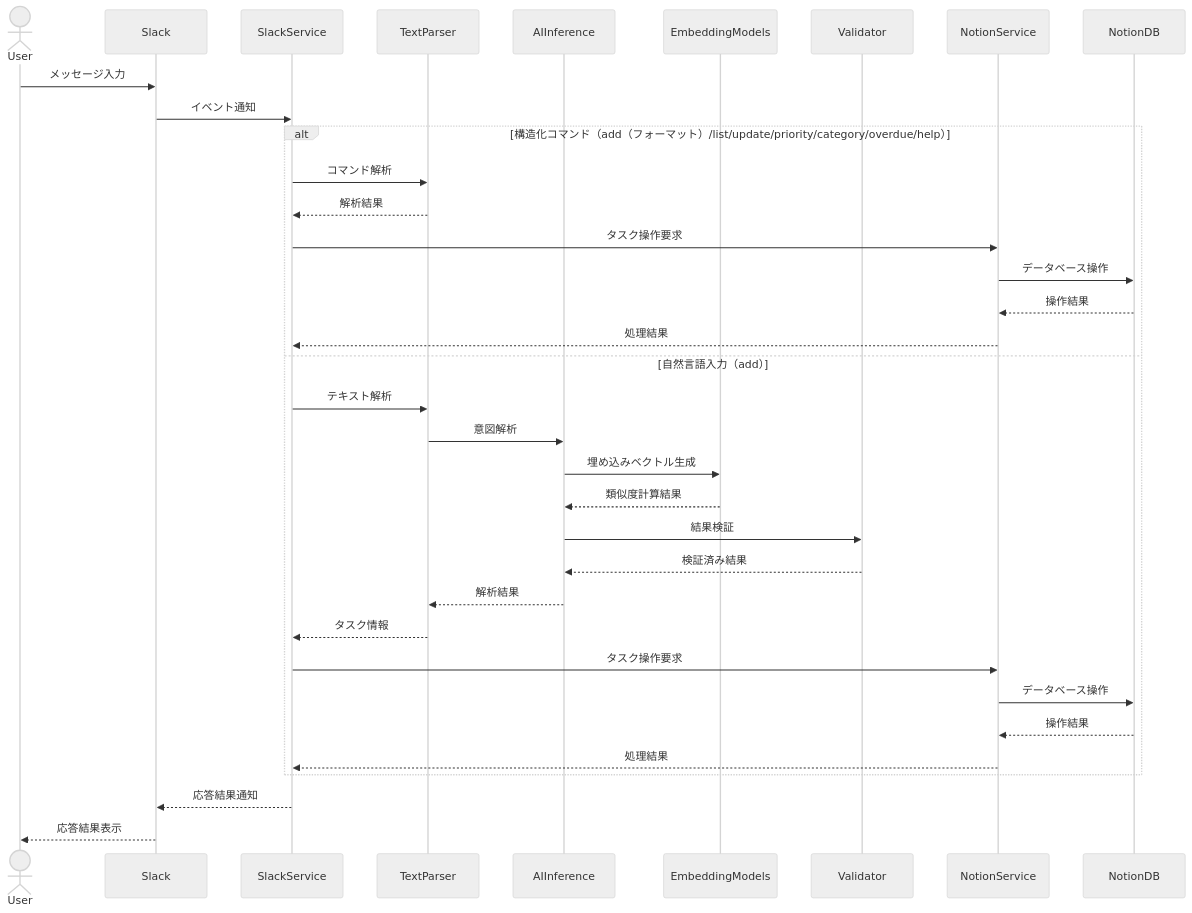
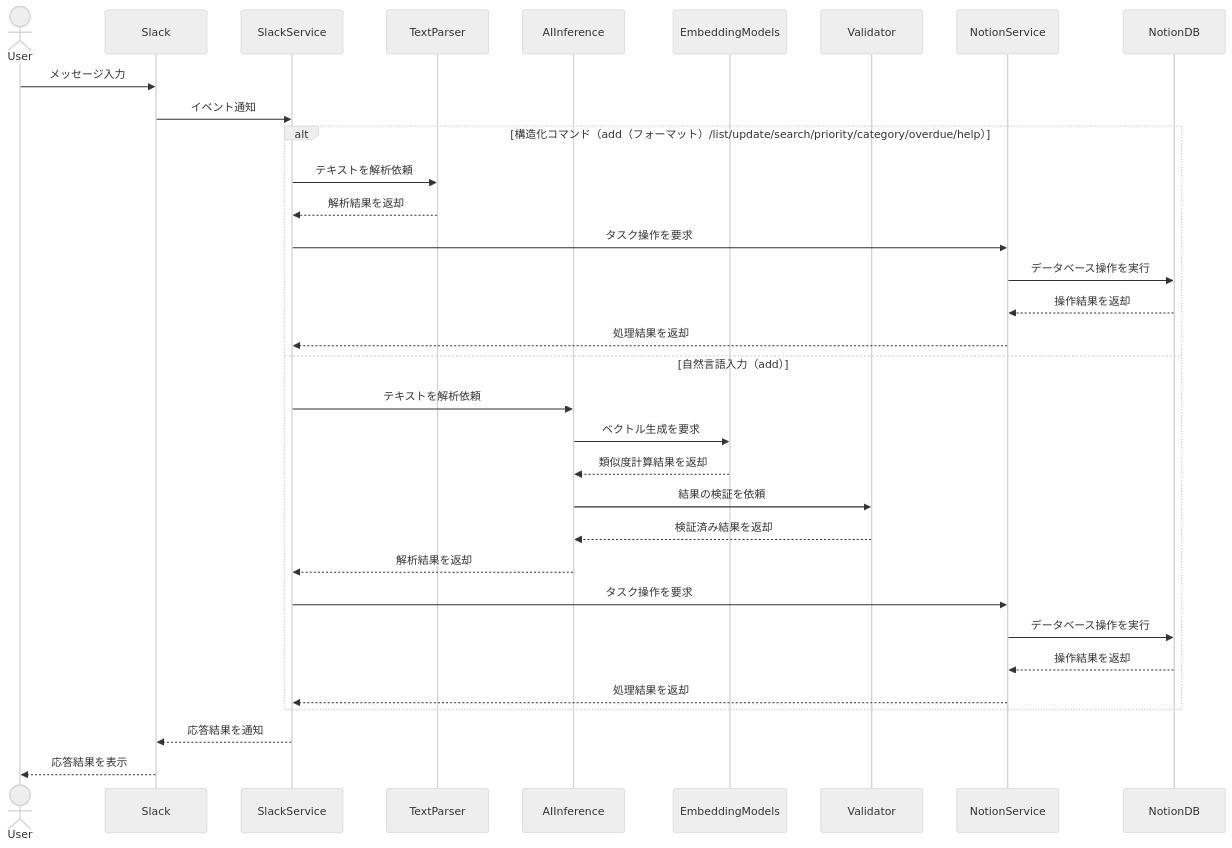
One commit to YL08140921/Task-Manager-for-Slack-bot changed the third of 3 diagrams in docs/システム概要.md. Above: the diagram before and after it, drawn with Mermaid (neutral theme).

Commit message:
システム概要のdocs-修正

````diff
--- a/docs/システム概要.md
+++ b/docs/システム概要.md
@@ -145,40 +145,38 @@
 ```mermaid
 sequenceDiagram
     actor User
     participant Slack
     participant SS as SlackService
     participant TP as TextParser
     participant AI as AIInference
     participant EM as EmbeddingModels
     participant Val as Validator
     participant NS as NotionService
     participant Notion as NotionDB
 
     User->>Slack: メッセージ入力
     Slack->>SS: イベント通知
 
-    alt 構造化コマンド（add（フォーマット）/list/update/priority/category/overdue/help）
-        SS->>TP: コマンド解析
-        TP-->>SS: 解析結果
-        SS->>NS: タスク操作要求
-        NS->>Notion: データベース操作
-        Notion-->>NS: 操作結果
-        NS-->>SS: 処理結果
+    alt 構造化コマンド（add（フォーマット）/list/update/search/priority/category/overdue/help）
+        SS->>TP: テキストを解析依頼
+        TP-->>SS: 解析結果を返却
+        SS->>NS: タスク操作を要求
+        NS->>Notion: データベース操作を実行
+        Notion-->>NS: 操作結果を返却
+        NS-->>SS: 処理結果を返却
     else 自然言語入力（add）
-        SS->>TP: テキスト解析
-        TP->>AI: 意図解析
-        AI->>EM: 埋め込みベクトル生成
-        EM-->>AI: 類似度計算結果
-        AI->>Val: 結果検証
-        Val-->>AI: 検証済み結果
-        AI-->>TP: 解析結果
-        TP-->>SS: タスク情報
-        SS->>NS: タスク操作要求
-        NS->>Notion: データベース操作
-        Notion-->>NS: 操作結果
-        NS-->>SS: 処理結果
+        SS->>AI: テキストを解析依頼
+        AI->>EM: ベクトル生成を要求
+        EM-->>AI: 類似度計算結果を返却
+        AI->>Val: 結果の検証を依頼
+        Val-->>AI: 検証済み結果を返却
+        AI-->>SS: 解析結果を返却
+        SS->>NS: タスク操作を要求
+        NS->>Notion: データベース操作を実行
+        Notion-->>NS: 操作結果を返却
+        NS-->>SS: 処理結果を返却
     end
 
-    SS-->>Slack: 応答結果通知
-    Slack-->>User: 応答結果表示
+    SS-->>Slack: 応答結果を通知
+    Slack-->>User: 応答結果を表示
 ```
````
